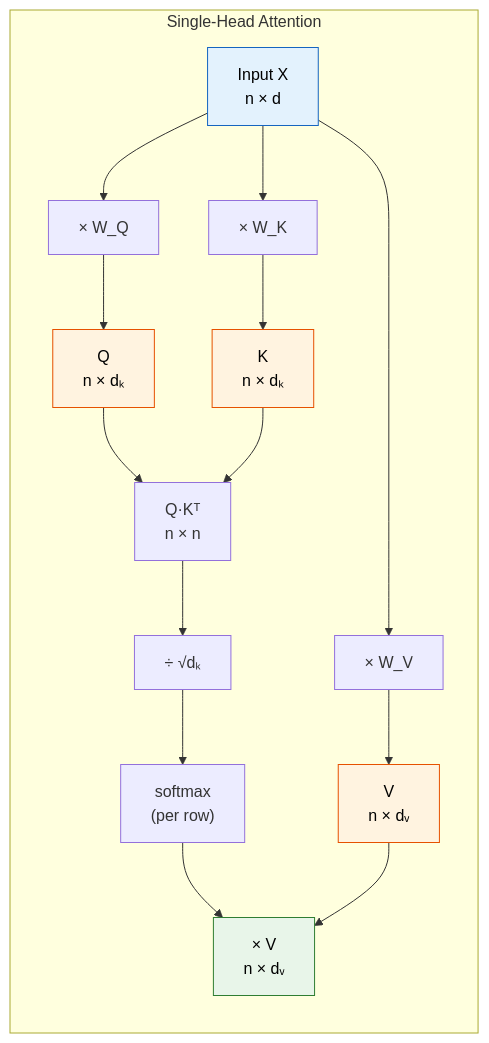
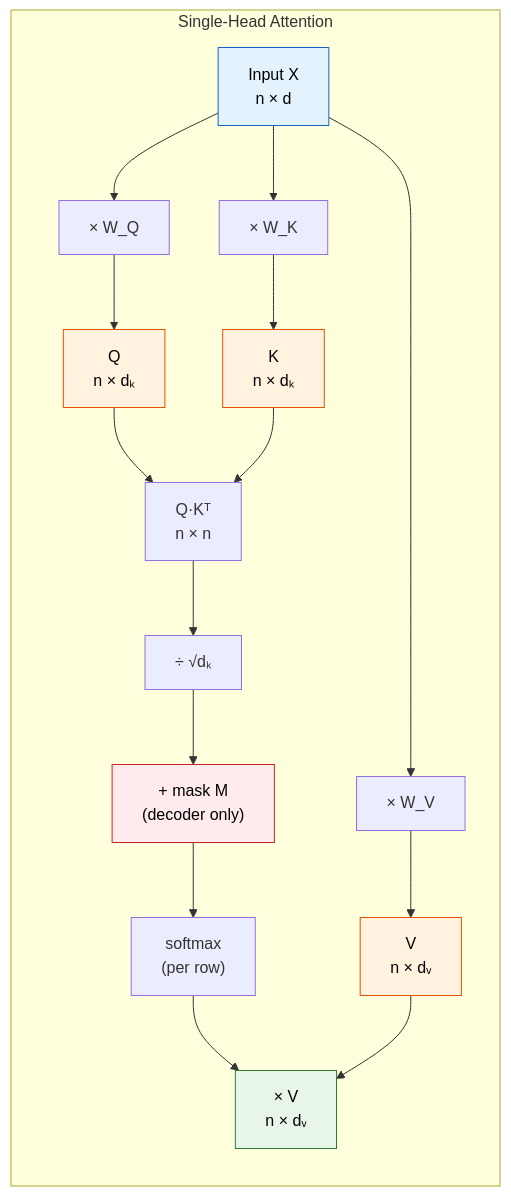
One commit to Hmago/ml4 changed the fourth of 26 diagrams in content/34b_google_top10_ml_interview_part2.md. Above: the diagram before and after it, drawn with Mermaid. The commit also changed other lines of this file and 59 other files, not shown here.

````diff
--- a/content/34b_google_top10_ml_interview_part2.md
+++ b/content/34b_google_top10_ml_interview_part2.md
@@ -327,23 +398,25 @@
 ```mermaid
 graph LR
     subgraph "Single-Head Attention"
         X["Input X<br/>n × d"] --> WQ["× W_Q"]
         X --> WK["× W_K"]
         X --> WV["× W_V"]
         WQ --> Q["Q<br/>n × dₖ"]
         WK --> K["K<br/>n × dₖ"]
         WV --> V["V<br/>n × dᵥ"]
         Q --> MM["Q·Kᵀ<br/>n × n"]
         K --> MM
         MM --> SC["÷ √dₖ"]
-        SC --> SM["softmax<br/>(per row)"]
+        SC --> MK["+ mask M<br/>(decoder only)"]
+        MK --> SM["softmax<br/>(per row)"]
         SM --> OUT["× V<br/>n × dᵥ"]
         V --> OUT
     end
 
     style X fill:#e3f2fd,stroke:#1565c0,color:#000
     style Q fill:#fff3e0,stroke:#e65100,color:#000
     style K fill:#fff3e0,stroke:#e65100,color:#000
     style V fill:#fff3e0,stroke:#e65100,color:#000
+    style MK fill:#ffebee,stroke:#c62828,color:#000
     style OUT fill:#e8f5e9,stroke:#2e7d32,color:#000
 ```
````
